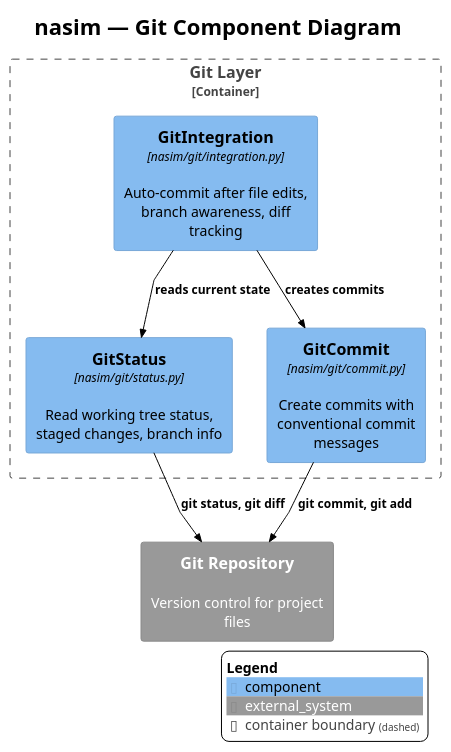
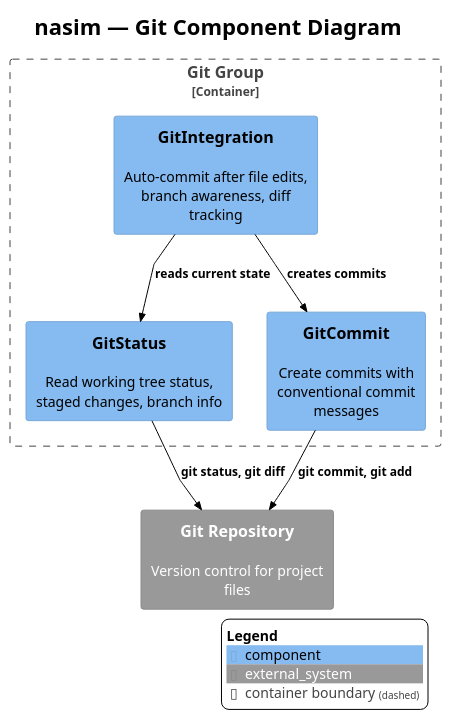
The diagram in docs/C4/c4_nasim_component_git.puml (salimnamvar/nasim), drawn with PlantUML before and after one commit. The commit also changed 22 other files, not shown here.

First line of the commit message:
refactor: Normalize C4 architecture and enhance component diagrams

```diff
--- a/docs/C4/c4_nasim_component_git.puml
+++ b/docs/C4/c4_nasim_component_git.puml
@@ -1,30 +1,30 @@
 !include https://raw.githubusercontent.com/plantuml-stdlib/C4-PlantUML/v2.10.0/C4_Component.puml
 !theme plain
 skinparam linetype polyline
 
 ' ============================================================
 ' Title:     nasim — Git Component Diagram
-' Boundary:  nasim code agent git integration layer
+' Boundary:  nasim core library — Git group
 ' Purpose:   Version control awareness: status, diff, commit
 ' Milestone: v1.0
-' Version:   1.0.0
-' Source:    docs/audit/audit.2026.06.20.comprehensive.reference.audit.md
+' Version:   5.0.0
+' Source:    docs/prompt/p1.md — corrective architecture review
 ' Review:    docs/audit/audit.2026.06.20.comprehensive.reference.audit.md
 ' ============================================================
 
 title nasim — Git Component Diagram
 
-Container_Boundary(git_boundary, "Git Layer") {
-    Component(git_integration, "GitIntegration", "nasim/git/integration.py", "Auto-commit after file edits, branch awareness, diff tracking")
-    Component(git_status, "GitStatus", "nasim/git/status.py", "Read working tree status, staged changes, branch info")
-    Component(git_commit, "GitCommit", "nasim/git/commit.py", "Create commits with conventional commit messages")
+Container_Boundary(git_boundary, "Git Group") {
+    Component(git_integration, "GitIntegration", "", "Auto-commit after file edits, branch awareness, diff tracking")
+    Component(git_status, "GitStatus", "", "Read working tree status, staged changes, branch info")
+    Component(git_commit, "GitCommit", "", "Create commits with conventional commit messages")
 }
 
 System_Ext(git_repo, "Git Repository", "Version control for project files")
 
 Rel(git_integration, git_status, "reads current state")
 Rel(git_integration, git_commit, "creates commits")
 Rel(git_status, git_repo, "git status, git diff")
 Rel(git_commit, git_repo, "git commit, git add")
 
 SHOW_LEGEND()
```
